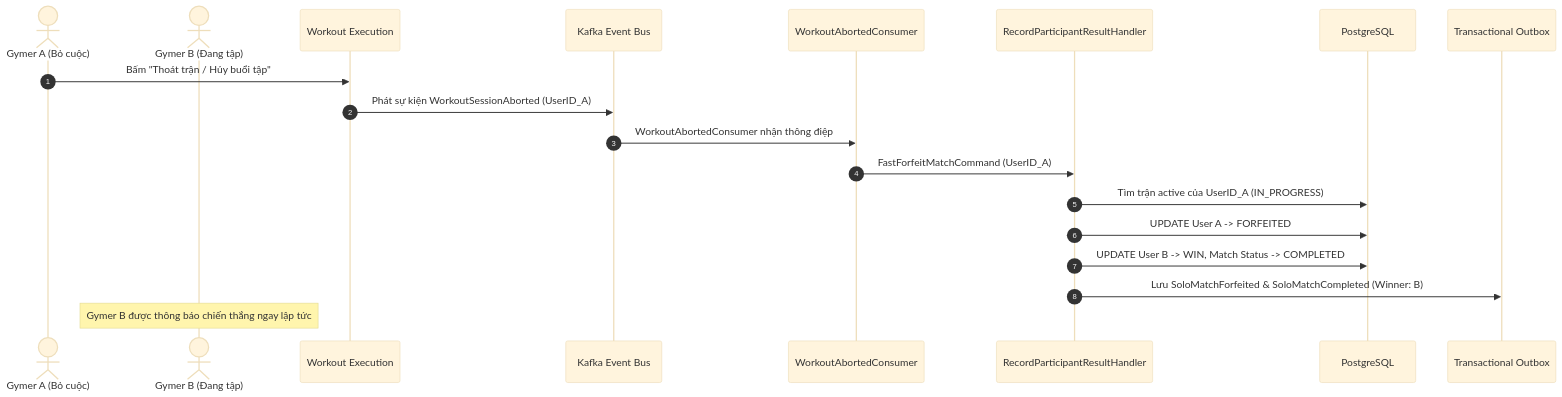
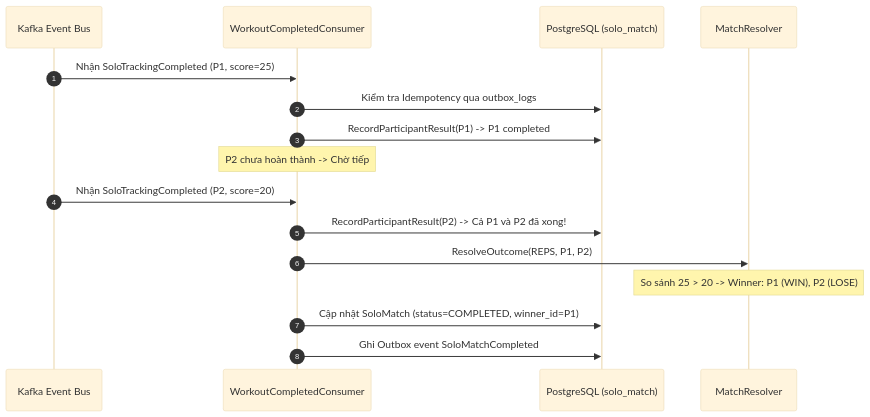
One commit to viethung213/gym-companion changed the fifth of 8 diagrams in internal/solo_match/docs/02_system_analysis/system_analysis.md. Above: the diagram before and after it, drawn with Mermaid (base theme). The commit also changed other lines of this file and 100 other files, not shown here.

First line of the commit message:
✨ feat(solo_match): implement end-to-end 1v1 match lifecycle, virtual bot runner, and modular docs

````diff
--- a/internal/solo_match/docs/02_system_analysis/system_analysis.md
+++ b/internal/solo_match/docs/02_system_analysis/system_analysis.md
@@ -324,25 +157,21 @@
 ```mermaid
 sequenceDiagram
     autonumber
-    actor User1 as Gymer A (Bỏ cuộc)
-    actor User2 as Gymer B (Đang tập)
-    participant Workout as Workout Execution
     participant Kafka as Kafka Event Bus
-    participant Consumer as WorkoutAbortedConsumer
-    participant MatchApp as RecordParticipantResultHandler
-    participant DB as PostgreSQL
-    participant Outbox as Transactional Outbox
+    participant Consumer as WorkoutCompletedConsumer
+    participant DB as PostgreSQL (solo_match)
+    participant Resolver as MatchResolver
 
-    User1->>Workout: Bấm "Thoát trận / Hủy buổi tập"
-    Workout->>Kafka: Phát sự kiện WorkoutSessionAborted (UserID_A)
-    
-    Kafka->>Consumer: WorkoutAbortedConsumer nhận thông điệp
-    Consumer->>MatchApp: FastForfeitMatchCommand (UserID_A)
-    
-    MatchApp->>DB: Tìm trận active của UserID_A (IN_PROGRESS)
-    MatchApp->>DB: UPDATE User A -> FORFEITED
-    MatchApp->>DB: UPDATE User B -> WIN, Match Status -> COMPLETED
-    MatchApp->>Outbox: Lưu SoloMatchForfeited & SoloMatchCompleted (Winner: B)
-    
-    Note over User2: Gymer B được thông báo chiến thắng ngay lập tức
+    Kafka->>Consumer: Nhận SoloTrackingCompleted (P1, score=25)
+    Consumer->>DB: Kiểm tra Idempotency qua outbox_logs
+    Consumer->>DB: RecordParticipantResult(P1) -> P1 completed
+    Note over Consumer: P2 chưa hoàn thành -> Chờ tiếp
+
+    Kafka->>Consumer: Nhận SoloTrackingCompleted (P2, score=20)
+    Consumer->>DB: RecordParticipantResult(P2) -> Cả P1 và P2 đã xong!
+
+    Consumer->>Resolver: ResolveOutcome(REPS, P1, P2)
+    Note over Resolver: So sánh 25 > 20 -> Winner: P1 (WIN), P2 (LOSE)
+    Consumer->>DB: Cập nhật SoloMatch (status=COMPLETED, winner_id=P1)
+    Consumer->>DB: Ghi Outbox event SoloMatchCompleted
 ```
````
